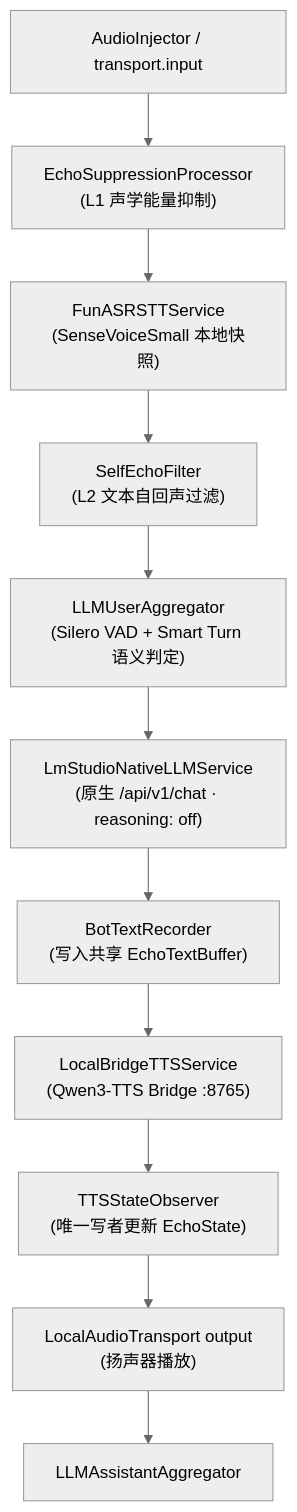
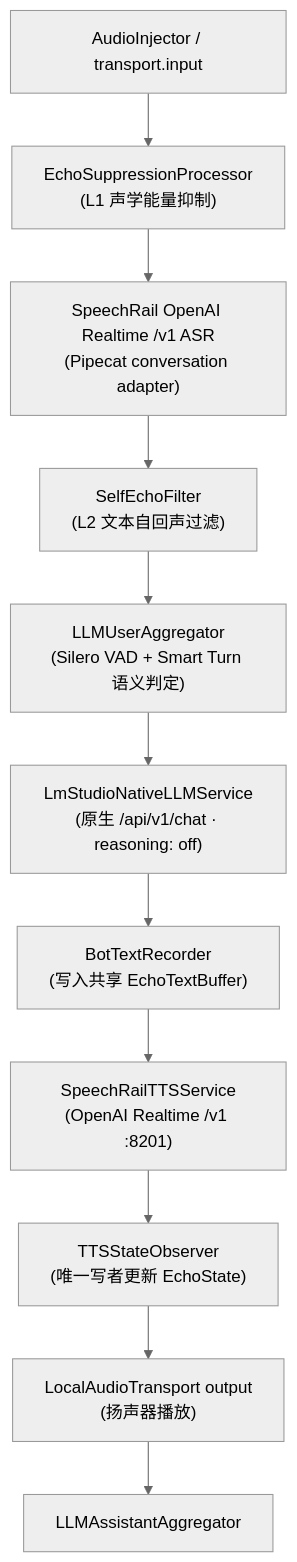
The fifth of 13 diagrams in docs/architecture/系统总体架构与详细设计方案.md (hrygo/voice-realtime), drawn with Mermaid (neutral theme) before and after one commit. The commit also changed other lines of this file and 495 other files, not shown here.

First line of the commit message:
Merge pull request #3 from hrygo/refactor/clean-architecture-and-docs

````diff
--- a/docs/architecture/系统总体架构与详细设计方案.md
+++ b/docs/architecture/系统总体架构与详细设计方案.md
@@ -398,13 +400,13 @@
 ```mermaid
 flowchart TD
     INPUT["AudioInjector / transport.input"] --> L1_ECHO["EchoSuppressionProcessor<br/>(L1 声学能量抑制)"]
-    L1_ECHO --> STT["FunASRSTTService<br/>(SenseVoiceSmall 本地快照)"]
+    L1_ECHO --> STT["SpeechRail OpenAI Realtime /v1 ASR<br/>(Pipecat conversation adapter)"]
     STT --> L2_ECHO["SelfEchoFilter<br/>(L2 文本自回声过滤)"]
     L2_ECHO --> AGG_USER["LLMUserAggregator<br/>(Silero VAD + Smart Turn 语义判定)"]
     AGG_USER --> LLM["LmStudioNativeLLMService<br/>(原生 /api/v1/chat · reasoning: off)"]
     LLM --> REC["BotTextRecorder<br/>(写入共享 EchoTextBuffer)"]
-    REC --> TTS["LocalBridgeTTSService<br/>(Qwen3-TTS Bridge :8765)"]
+    REC --> TTS["SpeechRailTTSService<br/>(OpenAI Realtime /v1 :8201)"]
     TTS --> OBS["TTSStateObserver<br/>(唯一写者更新 EchoState)"]
     OBS --> OUTPUT["LocalAudioTransport output<br/>(扬声器播放)"]
     OUTPUT --> AGG_ASST["LLMAssistantAggregator"]
 ```
````
